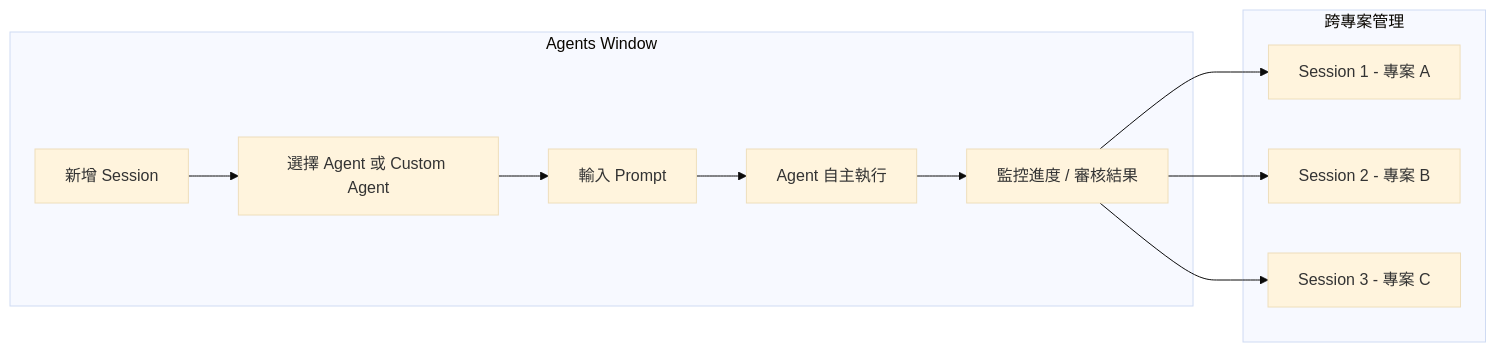
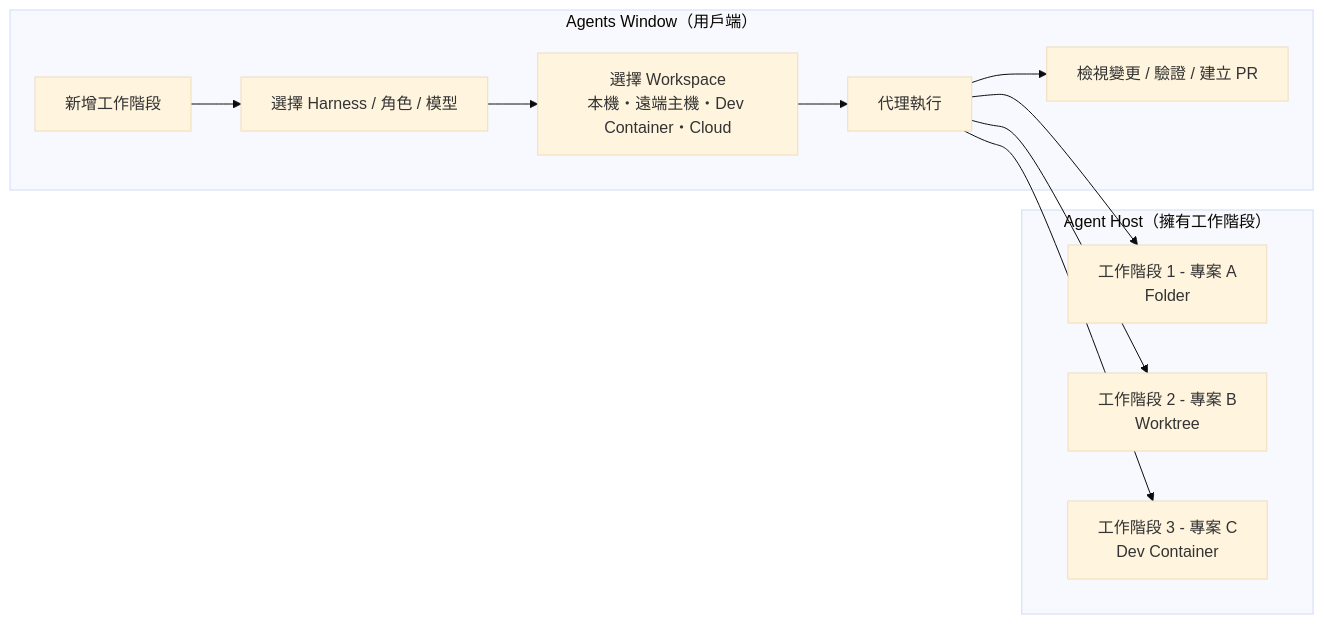
Before and after one commit to chihhung/Blog: the ninth of 26 diagrams in content/posts/教學/AI開發/github copilot生態圈教學手冊.md, drawn with Mermaid (base theme). The commit also changed other lines of this file and 2 other files, not shown here.

````diff
--- a/content/posts/教學/AI開發/github copilot生態圈教學手冊.md
+++ b/content/posts/教學/AI開發/github copilot生態圈教學手冊.md
@@ -1823,19 +2569,19 @@
 ```mermaid
 flowchart LR
-    subgraph "Agents Window"
-        A[新增 Session] --> B[選擇 Agent 或 Custom Agent]
-        B --> C[輸入 Prompt]
-        C --> D[Agent 自主執行]
-        D --> E[監控進度 / 審核結果]
+    subgraph "Agents Window（用戶端）"
+        A[新增工作階段] --> B[選擇 Harness / 角色 / 模型]
+        B --> C[選擇 Workspace<br/>本機・遠端主機・Dev Container・Cloud]
+        C --> D[代理執行]
+        D --> E[檢視變更 / 驗證 / 建立 PR]
     end
-    
-    subgraph "跨專案管理"
-        F[Session 1 - 專案 A] 
-        G[Session 2 - 專案 B]
-        H[Session 3 - 專案 C]
+
+    subgraph "Agent Host（擁有工作階段）"
+        F[工作階段 1 - 專案 A<br/>Folder]
+        G[工作階段 2 - 專案 B<br/>Worktree]
+        H[工作階段 3 - 專案 C<br/>Dev Container]
     end
-    
-    E --> F
-    E --> G
-    E --> H
+
+    D --> F
+    D --> G
+    D --> H
 ```
````
